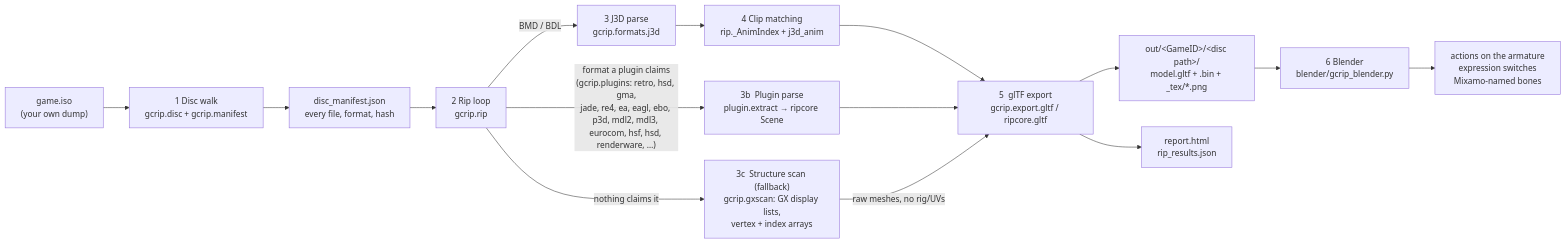
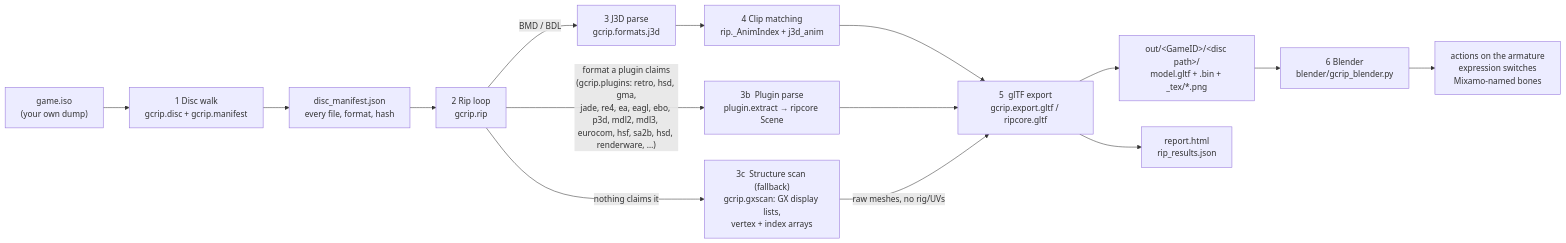
One commit to Felbs/3d-ripper-9000 changed the first of 8 diagrams in docs/PIPELINE.md. Above: the diagram before and after it, drawn with Mermaid. The commit also changed other lines of this file and 7 other files, not shown here.

````diff
--- a/docs/PIPELINE.md
+++ b/docs/PIPELINE.md
@@ -11,17 +11,17 @@
 ```mermaid
 flowchart LR
     ISO["game.iso<br/>(your own dump)"] --> WALK["1  Disc walk<br/>gcrip.disc + gcrip.manifest"]
     WALK --> MAN["disc_manifest.json<br/>every file, format, hash"]
     MAN --> RIP["2  Rip loop<br/>gcrip.rip"]
     RIP -->|"BMD / BDL"| J3D["3  J3D parse<br/>gcrip.formats.j3d"]
-    RIP -->|"format a plugin claims<br/>(gcrip.plugins: retro, hsd, gma,<br/>jade, re4, ea, eagl, ebo, p3d, mdl2, mdl3, eurocom, hsf, hsd, renderware, …)"| PLUG["3b  Plugin parse<br/>plugin.extract → ripcore Scene"]
+    RIP -->|"format a plugin claims<br/>(gcrip.plugins: retro, hsd, gma,<br/>jade, re4, ea, eagl, ebo, p3d, mdl2, mdl3, eurocom, hsf, sa2b, hsd, renderware, …)"| PLUG["3b  Plugin parse<br/>plugin.extract → ripcore Scene"]
     RIP -->|"nothing claims it"| GX["3c  Structure scan (fallback)<br/>gcrip.gxscan: GX display lists,<br/>vertex + index arrays"]
     J3D --> ANIM["4  Clip matching<br/>rip._AnimIndex + j3d_anim"]
     ANIM --> GLTF["5  glTF export<br/>gcrip.export.gltf / ripcore.gltf"]
     PLUG --> GLTF
     GX -->|"raw meshes, no rig/UVs"| GLTF
     GLTF --> OUT["out/&lt;GameID&gt;/&lt;disc path&gt;/<br/>model.gltf + .bin + _tex/*.png"]
     GLTF --> REP["report.html<br/>rip_results.json"]
     OUT --> BL["6  Blender<br/>blender/gcrip_blender.py"]
     BL --> PLAY["actions on the armature<br/>expression switches<br/>Mixamo-named bones"]
 ```
````
